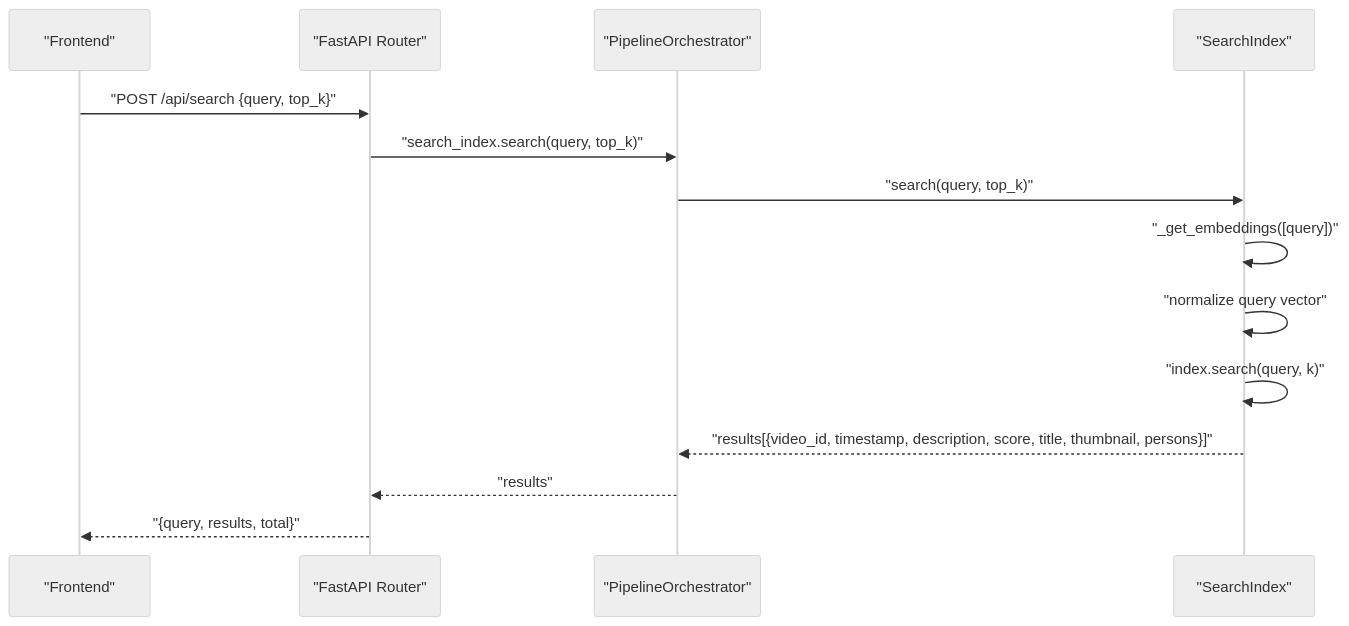
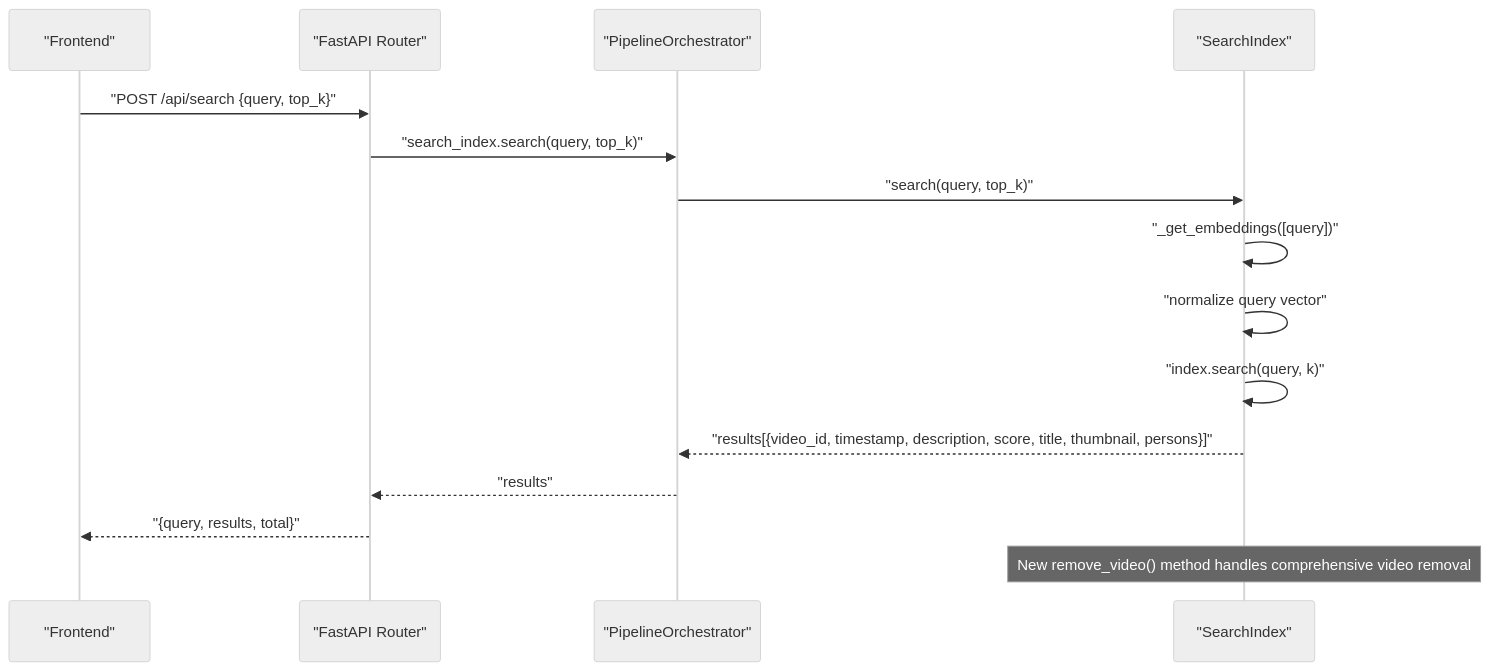
One commit to alexandreybasta-cyber/dubai-media-ai changed the second of 10 diagrams in .qoder/repowiki/en/content/Media Processing Pipeline/Search Index Stage.md. Above: the diagram before and after it, drawn with Mermaid (neutral theme). The commit also changed other lines of this file and 43 other files, not shown here.

````diff
--- a/.qoder/repowiki/en/content/Media Processing Pipeline/Search Index Stage.md
+++ b/.qoder/repowiki/en/content/Media Processing Pipeline/Search Index Stage.md
@@ -132,16 +136,17 @@
 ```mermaid
 sequenceDiagram
 participant FE as "Frontend"
 participant API as "FastAPI Router"
 participant ORCH as "PipelineOrchestrator"
 participant SI as "SearchIndex"
 FE->>API : "POST /api/search {query, top_k}"
 API->>ORCH : "search_index.search(query, top_k)"
 ORCH->>SI : "search(query, top_k)"
 SI->>SI : "_get_embeddings([query])"
 SI->>SI : "normalize query vector"
 SI->>SI : "index.search(query, k)"
 SI-->>ORCH : "results[{video_id, timestamp, description, score, title, thumbnail, persons}]"
 ORCH-->>API : "results"
 API-->>FE : "{query, results, total}"
+Note over SI : New remove_video() method handles comprehensive video removal
 ```
````
